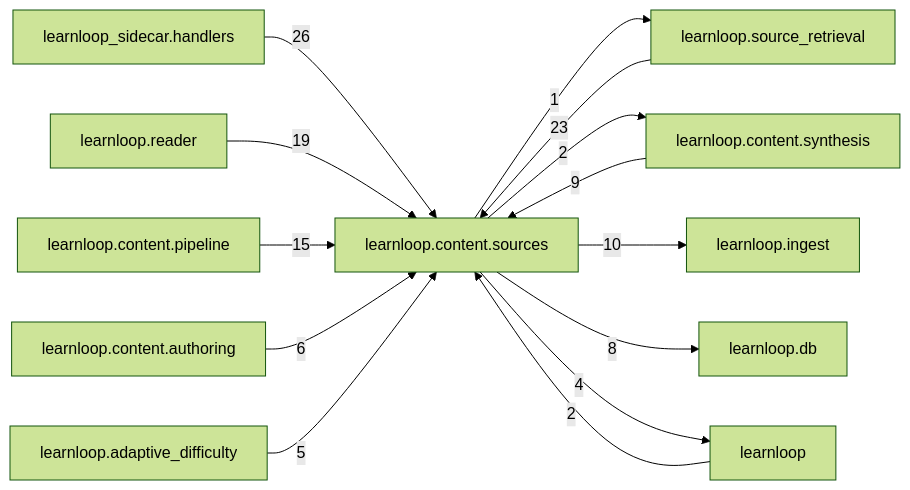
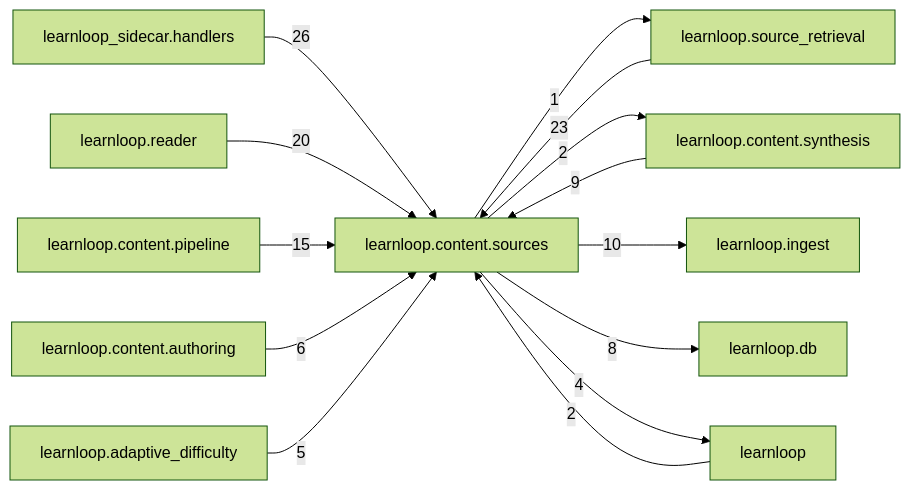
Before and after one commit to 6up-b/learnanything: the diagram in docs/learnloop-architecture-vault/Reference/Modules/learnloop/content/sources/_package.md, drawn with Mermaid (forest theme). The commit also changed other lines of this file and 29 other files, not shown here.

````diff
--- a/docs/learnloop-architecture-vault/Reference/Modules/learnloop/content/sources/_package.md
+++ b/docs/learnloop-architecture-vault/Reference/Modules/learnloop/content/sources/_package.md
@@ -124,27 +124,27 @@
 ```mermaid
 flowchart LR
     center["learnloop.content.sources"]
     n_learnloop_sidecar_handlers["learnloop_sidecar.handlers"]
     n_learnloop_source_retrieval["learnloop.source_retrieval"]
     n_learnloop_reader["learnloop.reader"]
     n_learnloop_content_pipeline["learnloop.content.pipeline"]
     n_learnloop_content_synthesis["learnloop.content.synthesis"]
     n_learnloop_ingest["learnloop.ingest"]
     n_learnloop_db["learnloop.db"]
     n_learnloop["learnloop"]
     n_learnloop_content_authoring["learnloop.content.authoring"]
     n_learnloop_adaptive_difficulty["learnloop.adaptive_difficulty"]
     n_learnloop_sidecar_handlers -->|26| center
     n_learnloop_source_retrieval -->|23| center
     center -->|1| n_learnloop_source_retrieval
-    n_learnloop_reader -->|19| center
+    n_learnloop_reader -->|20| center
     n_learnloop_content_pipeline -->|15| center
     n_learnloop_content_synthesis -->|9| center
     center -->|2| n_learnloop_content_synthesis
     center -->|10| n_learnloop_ingest
     center -->|8| n_learnloop_db
     n_learnloop -->|2| center
     center -->|4| n_learnloop
     n_learnloop_content_authoring -->|6| center
     n_learnloop_adaptive_difficulty -->|5| center
 ```
````
